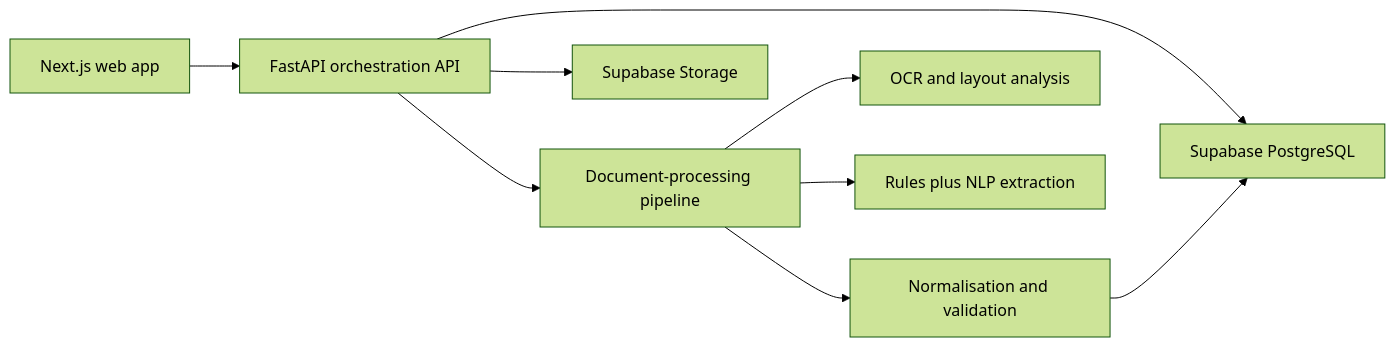
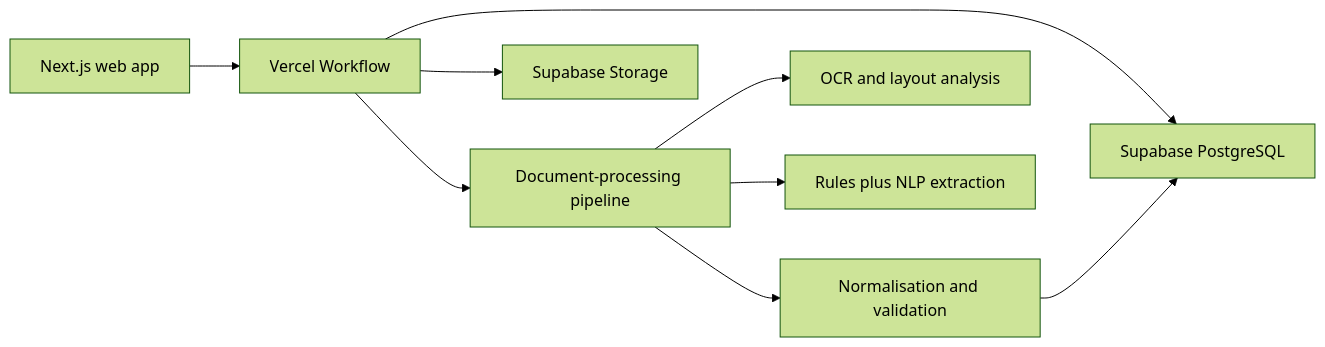
Before and after one commit to zaynahamiraly/ClaimLens-AI: the second of 3 diagrams in README.md, drawn with Mermaid (forest theme). The commit also changed other lines of this file and 18 other files, not shown here.

Commit message:
feat: add durable claim document processing

````diff
--- a/README.md
+++ b/README.md
@@ -117,11 +117,11 @@
 ```mermaid
 flowchart LR
-    W[Next.js web app] --> API[FastAPI orchestration API]
-    API --> DB[Supabase PostgreSQL]
-    API --> ST[Supabase Storage]
-    API --> AI[Document-processing pipeline]
+    W[Next.js web app] --> WF[Vercel Workflow]
+    WF --> DB[Supabase PostgreSQL]
+    WF --> ST[Supabase Storage]
+    WF --> AI[Document-processing pipeline]
     AI --> OCR[OCR and layout analysis]
     AI --> NLP[Rules plus NLP extraction]
     AI --> VAL[Normalisation and validation]
     VAL --> DB
 ```
````
